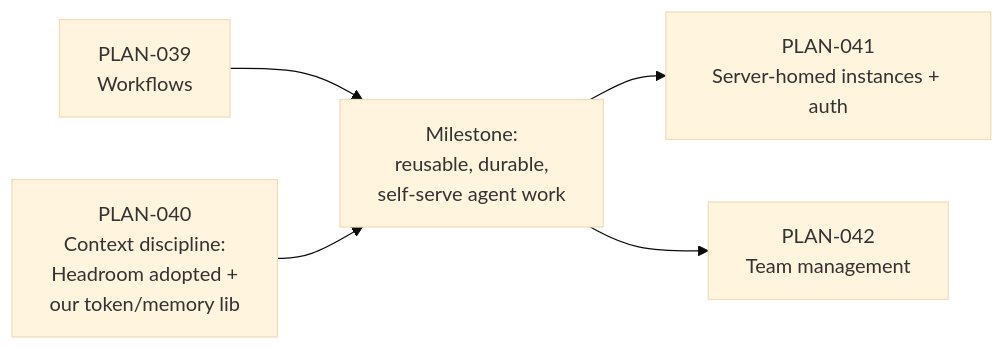
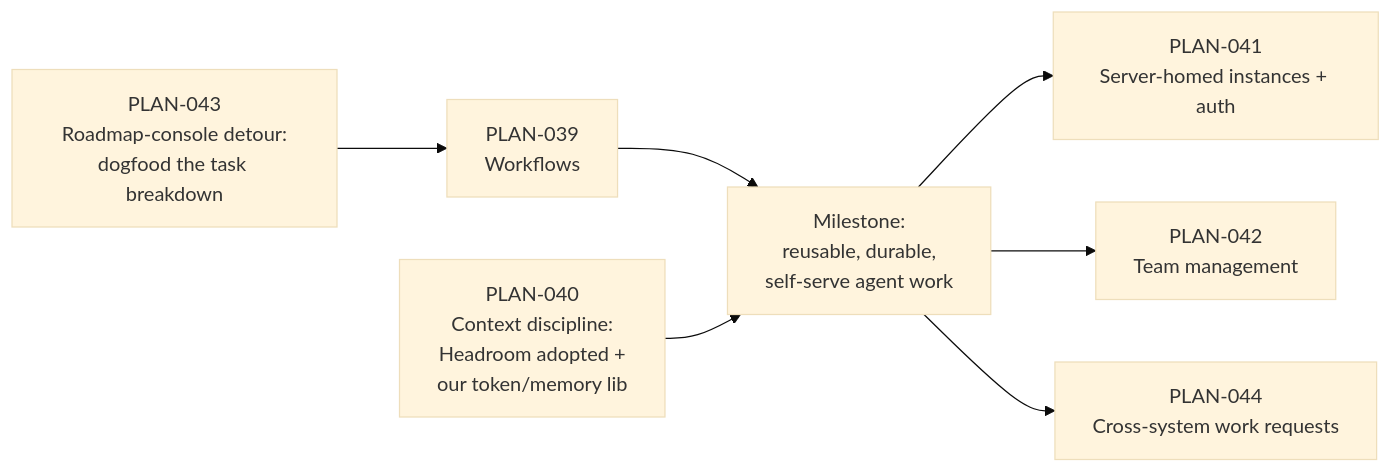
The diagram in roadmap/directions/05-workflows-and-headroom.md (Swagatar-LLC/vorno), drawn with Mermaid (base theme) before and after one commit. The commit also changed other lines of this file and 1 other file, not shown here.

First line of the commit message:
roadmap: DIR-05 + PLAN-039 — visualization requirement, interactive DAG bar, revised sequence

````diff
--- a/roadmap/directions/05-workflows-and-headroom.md
+++ b/roadmap/directions/05-workflows-and-headroom.md
@@ -68,7 +80,9 @@
 ```mermaid
 graph LR
-    A[PLAN-039<br/>Workflows] --> M[Milestone:<br/>reusable, durable,<br/>self-serve agent work]
+    T[PLAN-043<br/>Roadmap-console detour:<br/>dogfood the task breakdown] --> A[PLAN-039<br/>Workflows]
+    A --> M[Milestone:<br/>reusable, durable,<br/>self-serve agent work]
     B[PLAN-040<br/>Context discipline:<br/>Headroom adopted +<br/>our token/memory lib] --> M
     M --> C[PLAN-041<br/>Server-homed instances + auth]
     M --> D[PLAN-042<br/>Team management]
+    M --> E[PLAN-044<br/>Cross-system work requests]
 ```
````
